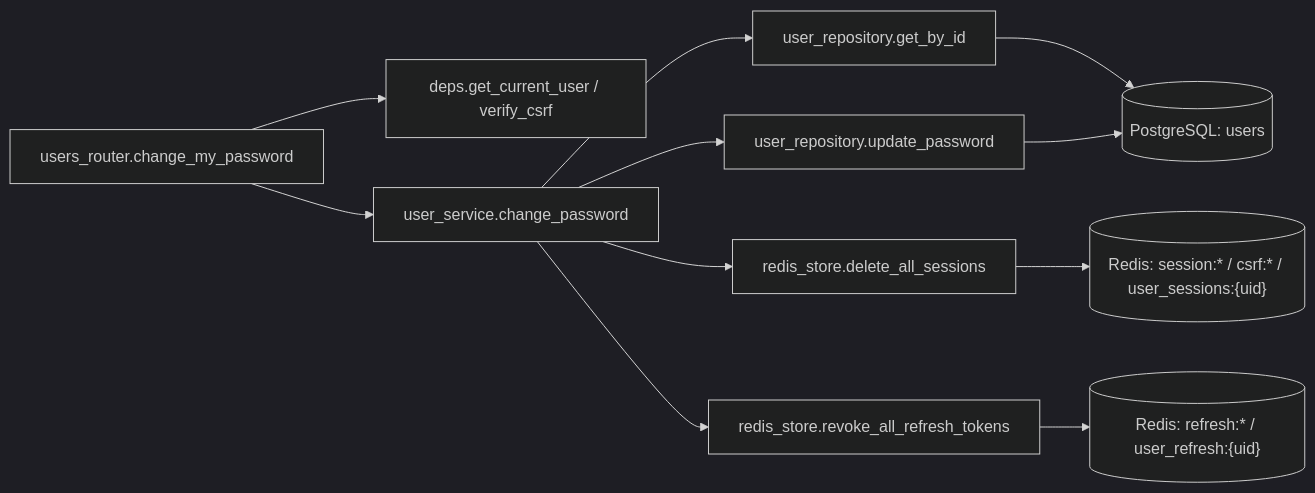
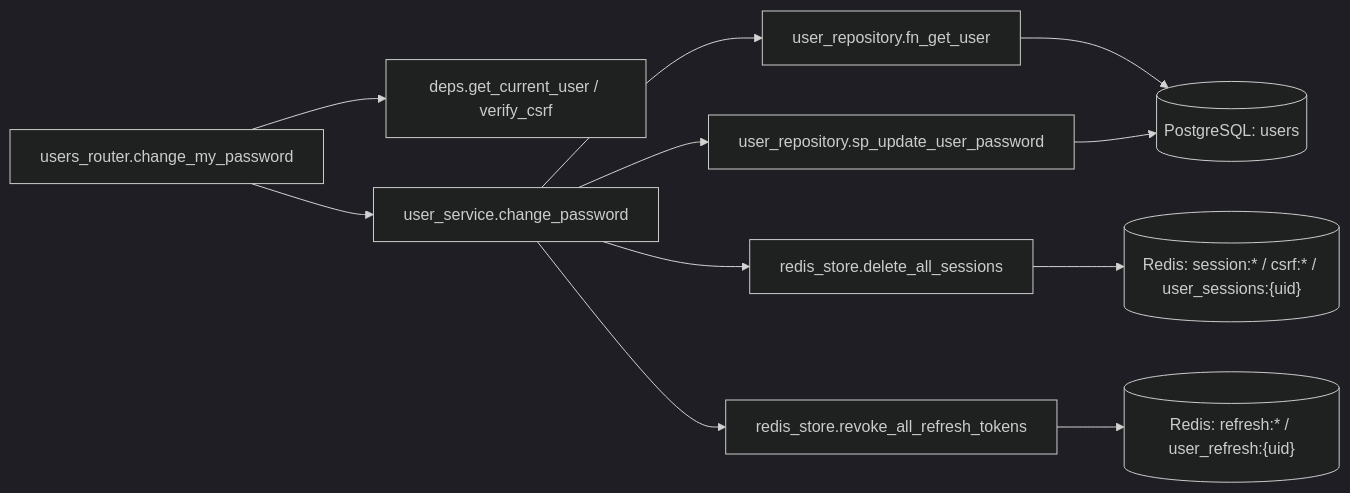
The third of 4 diagrams in detailed_design/api/users/03_put_users_me_password.md (oikawa-d/task_management), drawn with Mermaid (dark theme) before and after one commit. The commit also changed other lines of this file and 58 other files, not shown here.

````diff
--- a/detailed_design/api/users/03_put_users_me_password.md
+++ b/detailed_design/api/users/03_put_users_me_password.md
@@ -205,13 +205,13 @@
 ```mermaid
 flowchart LR
     R["users_router.change_my_password"] --> DEP["deps.get_current_user / verify_csrf"]
     R --> S["user_service.change_password"]
-    S --> URP1["user_repository.get_by_id"]
-    S --> URP2["user_repository.update_password"]
+    S --> URP1["user_repository.fn_get_user"]
+    S --> URP2["user_repository.sp_update_user_password"]
     S --> RS1["redis_store.delete_all_sessions"]
     S --> RS2["redis_store.revoke_all_refresh_tokens"]
     URP1 --> PG[("PostgreSQL: users")]
     URP2 --> PG
     RS1 --> RD[("Redis: session:* / csrf:* / user_sessions:{uid}")]
     RS2 --> RD2[("Redis: refresh:* / user_refresh:{uid}")]
 ```
````
